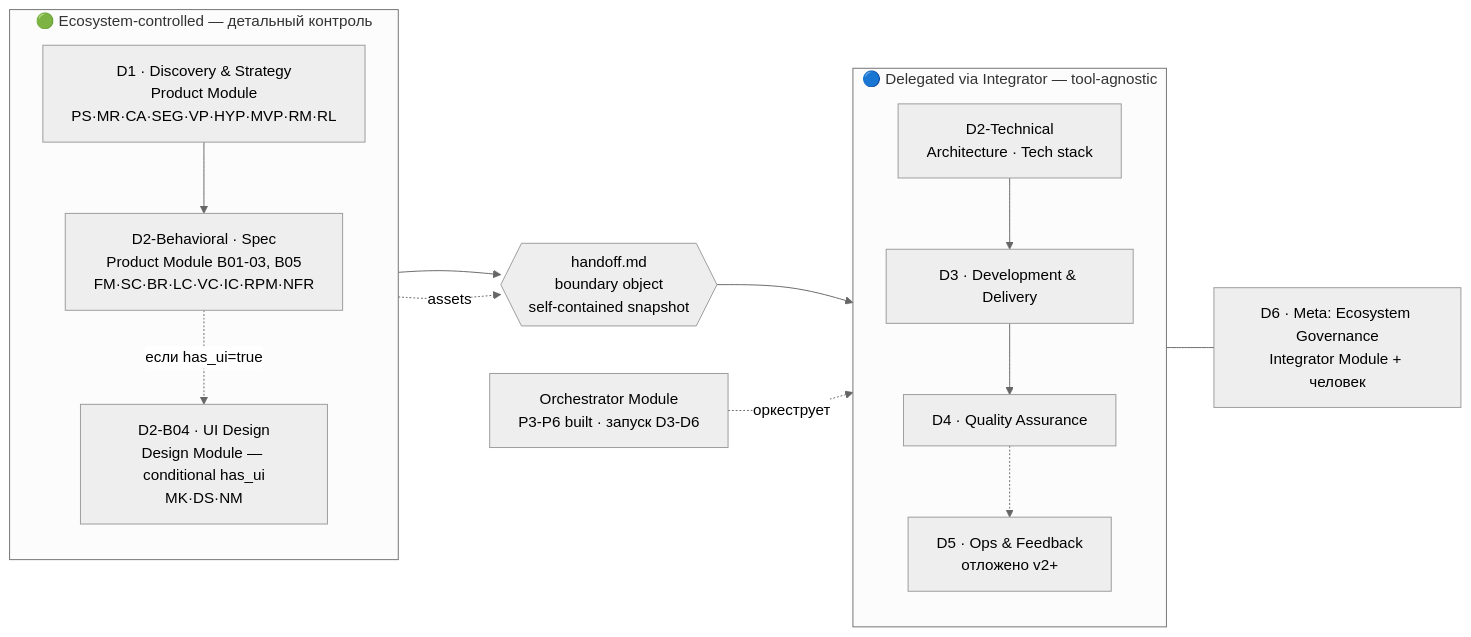
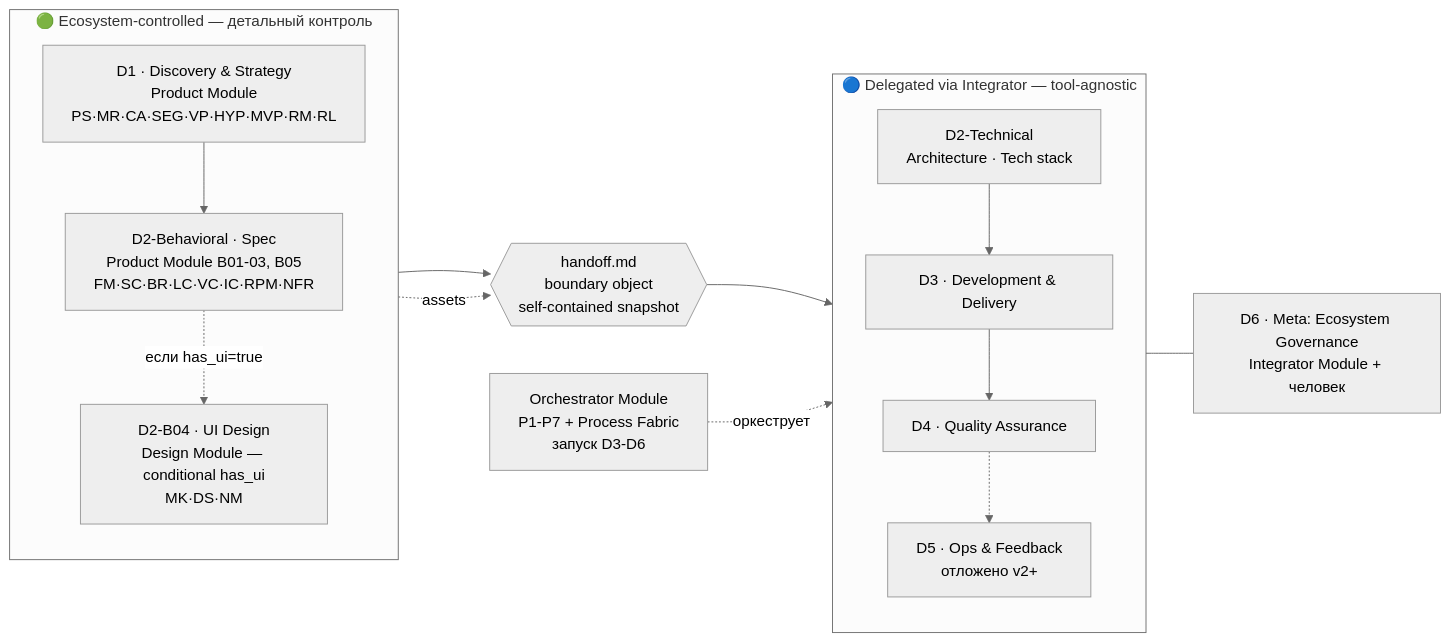
The first of 2 diagrams in docs/MAP.md (IlyaNSV/claude-ecosystem-3.0), drawn with Mermaid (neutral theme) before and after one commit. The commit also changed other lines of this file and 6 other files, not shown here.

First line of the commit message:
feat(guide): consumer-док Process Fabric — 07-fabric.md, руководство оператора линии фичи (DEC-DEV-0166)

````diff
--- a/docs/MAP.md
+++ b/docs/MAP.md
@@ -24,32 +25,32 @@
 ```mermaid
 flowchart LR
     subgraph ECO["🟢 Ecosystem-controlled — детальный контроль"]
         direction TB
         D1["D1 · Discovery & Strategy<br/>Product Module<br/>PS·MR·CA·SEG·VP·HYP·MVP·RM·RL"]
         D2B["D2-Behavioral · Spec<br/>Product Module B01-03, B05<br/>FM·SC·BR·LC·VC·IC·RPM·NFR"]
         D2D["D2-B04 · UI Design<br/>Design Module — conditional has_ui<br/>MK·DS·NM"]
         D1 --> D2B
         D2B -. "если has_ui=true" .-> D2D
     end
 
     HO{{"handoff.md<br/>boundary object<br/>self-contained snapshot"}}
     D2B --> HO
     D2D -. assets .-> HO
 
     subgraph EXT["🔵 Delegated via Integrator — tool-agnostic"]
         direction TB
         D2T["D2-Technical<br/>Architecture · Tech stack"]
         D3["D3 · Development & Delivery"]
         D4["D4 · Quality Assurance"]
         D5["D5 · Ops & Feedback<br/>отложено v2+"]
         D2T --> D3 --> D4 -.-> D5
     end
     HO --> D2T
 
-    ORC["Orchestrator Module<br/>P3-P6 built · запуск D3-D6"]
+    ORC["Orchestrator Module<br/>P1-P7 + Process Fabric<br/>запуск D3-D6"]
     ORC -. оркеструет .-> EXT
     D6["D6 · Meta: Ecosystem Governance<br/>Integrator Module + человек"]
     EXT --- D6
 
     classDef planned stroke-dasharray: 5 5;
 ```
````
